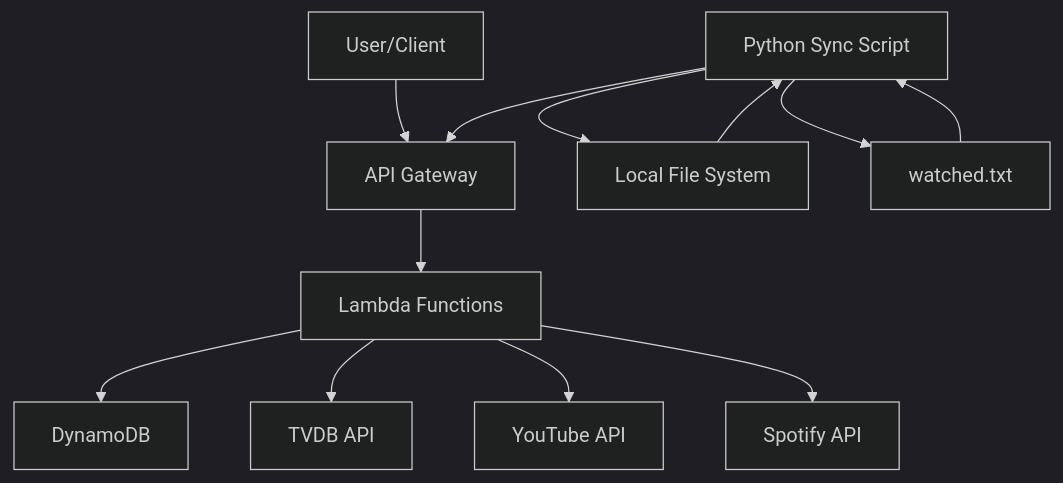
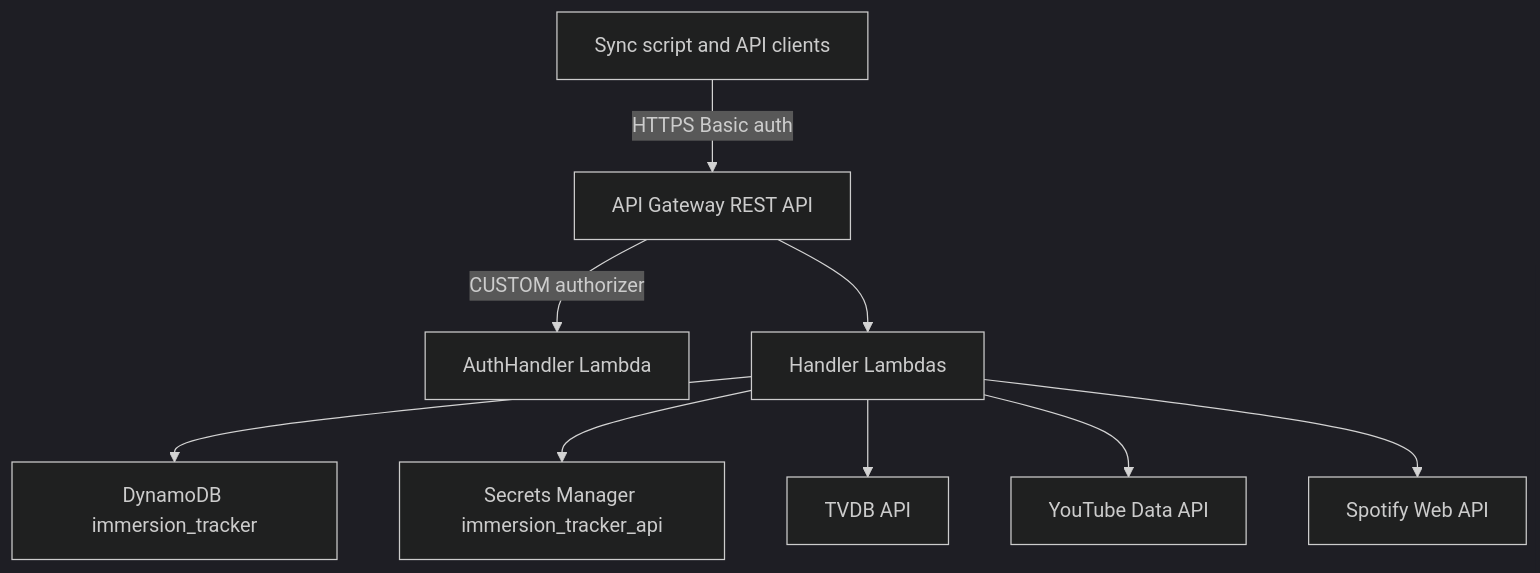
Before and after one commit to jordansimsmith/jordansimsmith-com: the first of 2 diagrams in immersion_tracker_api/README.md, drawn with Mermaid (dark theme). The commit also changed other lines of this file and 9 other files, not shown here.

````diff
--- a/immersion_tracker_api/README.md
+++ b/immersion_tracker_api/README.md
@@ -7,14 +33,11 @@
 ```mermaid
-graph TD
-  A[User/Client] --> B[API Gateway]
-  B --> C[Lambda Functions]
-  C --> D[DynamoDB]
-  C --> E[TVDB API]
-  C --> H[YouTube API]
-  C --> J[Spotify API]
-  F[Python Sync Script] --> B
-  F --> G[Local File System]
-  F --> I[watched.txt]
-  G --> F
-  I --> F
+flowchart TD
+  syncClient[Sync script and API clients] -->|"HTTPS Basic auth"| apiGateway[API Gateway REST API]
+  apiGateway -->|"CUSTOM authorizer"| authLambda[AuthHandler Lambda]
+  apiGateway --> handlers[Handler Lambdas]
+  handlers --> ddb[DynamoDB immersion_tracker]
+  handlers --> secrets[Secrets Manager immersion_tracker_api]
+  handlers --> tvdb[TVDB API]
+  handlers --> youtube[YouTube Data API]
+  handlers --> spotify[Spotify Web API]
 ```
````
